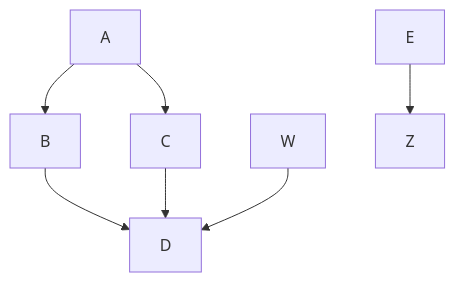
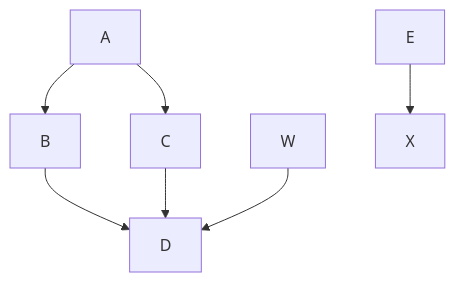
One commit to omar-binary/mermaid-markdown-test changed the second of 2 diagrams in hope/flew_inline.md. Above: the diagram before and after it, drawn with Mermaid. The commit also changed other lines of this file, not shown here.

````diff
--- a/hope/flew_inline.md
+++ b/hope/flew_inline.md
@@ -18,9 +18,9 @@
 ```mermaid
 graph TD;
     A-->B;
     A-->C;
     B-->D;
     C-->D;
     W-->D;
-    E-->Z;
+    E-->X;
 ```
````
